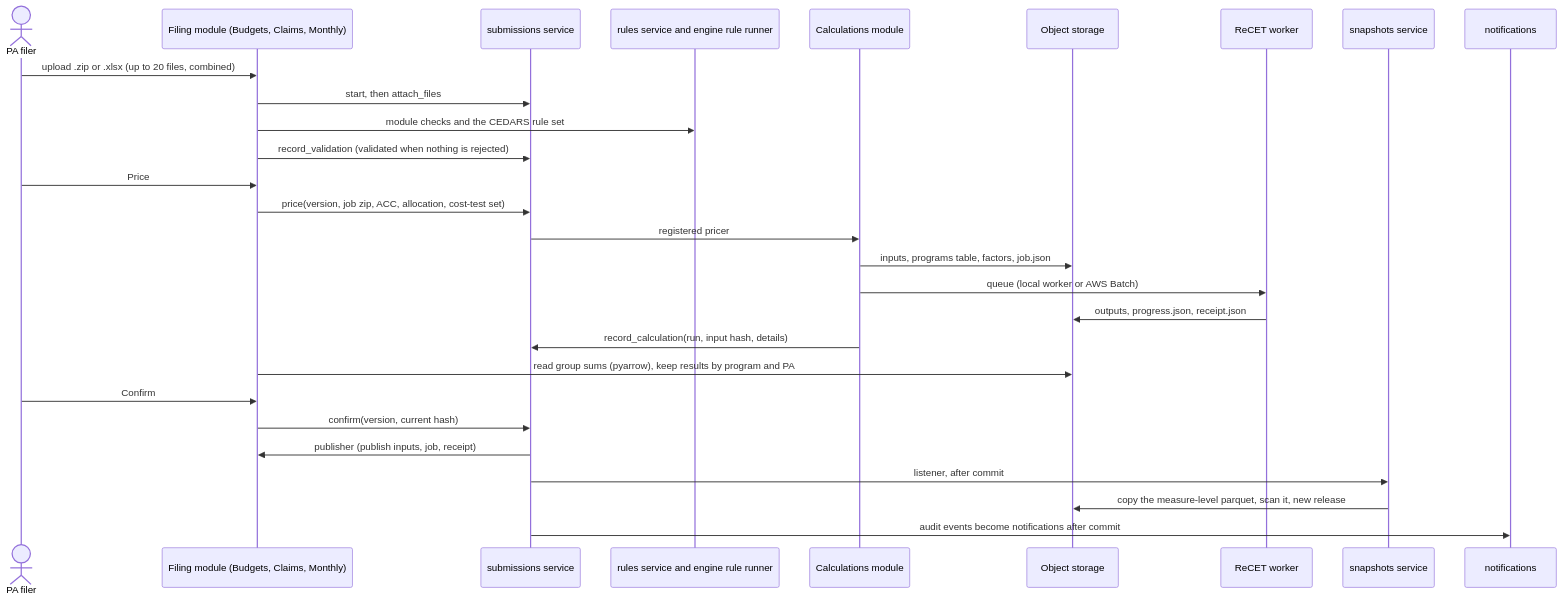
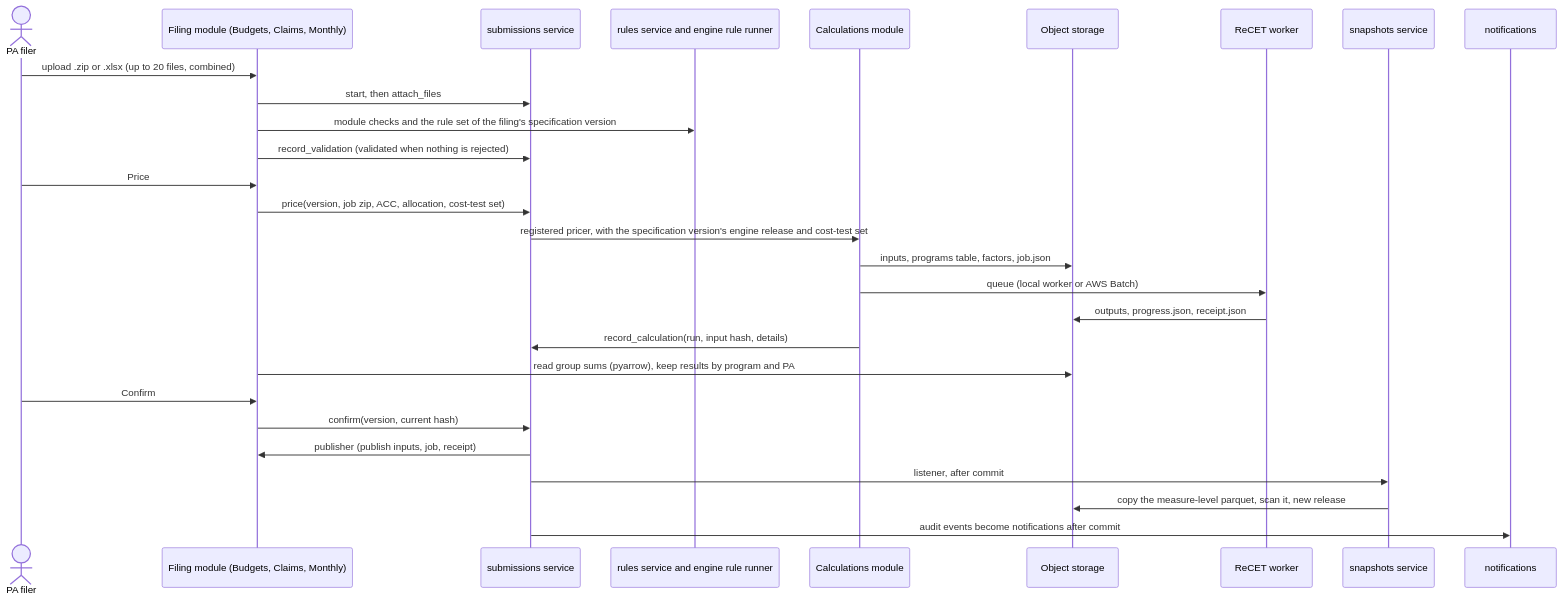
One commit to JRichardson-PGE/CEDARS-Platform changed diagram 18 of 24 in docs/ARCHITECTURE_AS_BUILT.md. Above: the diagram before and after it, drawn with Mermaid. The commit also changed other lines of this file and 20 other files, not shown here.

First line of the commit message:
Check and price filings with their specification version

````diff
--- a/docs/ARCHITECTURE_AS_BUILT.md
+++ b/docs/ARCHITECTURE_AS_BUILT.md
@@ -1037,30 +1037,30 @@
 ```mermaid
 sequenceDiagram
   actor F as PA filer
   participant M as Filing module (Budgets, Claims, Monthly)
   participant S as submissions service
   participant R as rules service and engine rule runner
   participant C as Calculations module
   participant O as Object storage
   participant W as ReCET worker
   participant P as snapshots service
   participant N as notifications
   F->>M: upload .zip or .xlsx (up to 20 files, combined)
   M->>S: start, then attach_files
-  M->>R: module checks and the CEDARS rule set
+  M->>R: module checks and the rule set of the filing's specification version
   M->>S: record_validation (validated when nothing is rejected)
   F->>M: Price
   M->>S: price(version, job zip, ACC, allocation, cost-test set)
-  S->>C: registered pricer
+  S->>C: registered pricer, with the specification version's engine release and cost-test set
   C->>O: inputs, programs table, factors, job.json
   C->>W: queue (local worker or AWS Batch)
   W->>O: outputs, progress.json, receipt.json
   C->>S: record_calculation(run, input hash, details)
   M->>O: read group sums (pyarrow), keep results by program and PA
   F->>M: Confirm
   M->>S: confirm(version, current hash)
   S->>M: publisher (publish inputs, job, receipt)
   S->>P: listener, after commit
   P->>O: copy the measure-level parquet, scan it, new release
   S->>N: audit events become notifications after commit
 ```
````
